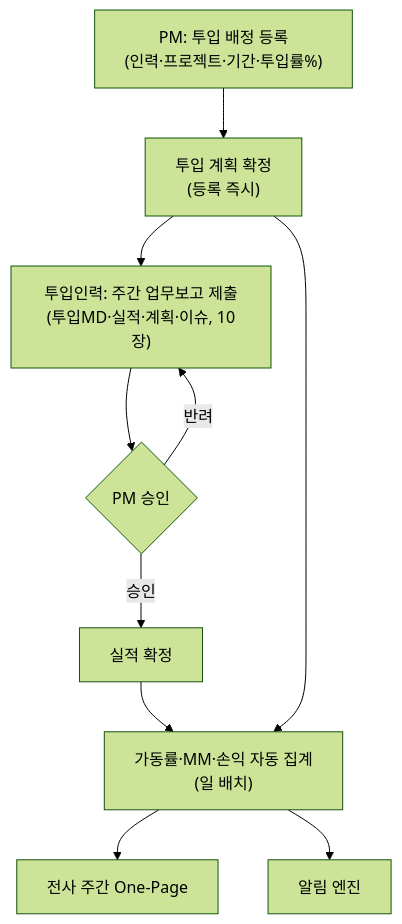
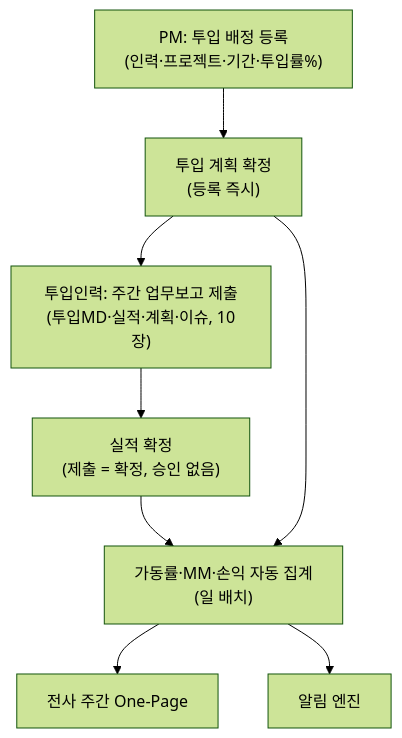
Before and after one commit to toddkim-rgb/BT_HRM: the fourth of 14 diagrams in SM_SI_인력관리시스템_명세서.md, drawn with Mermaid (forest theme). The commit also changed other lines of this file and 28 other files, not shown here.

````diff
--- a/SM_SI_인력관리시스템_명세서.md
+++ b/SM_SI_인력관리시스템_명세서.md
@@ -199,12 +203,10 @@
 ```mermaid
 flowchart TB
   A["PM: 투입 배정 등록<br/>(인력·프로젝트·기간·투입률%)"] --> C["투입 계획 확정<br/>(등록 즉시)"]
   C --> D["투입인력: 주간 업무보고 제출<br/>(투입MD·실적·계획·이슈, 10장)"]
-  D --> E{"PM 승인"}
-  E -->|승인| F["실적 확정"]
-  E -->|반려| D
+  D --> F["실적 확정<br/>(제출 = 확정, 승인 없음)"]
   F --> G["가동률·MM·손익 자동 집계<br/>(일 배치)"]
   C --> G
   G --> H["전사 주간 One-Page"]
   G --> I["알림 엔진"]
 ```
````
